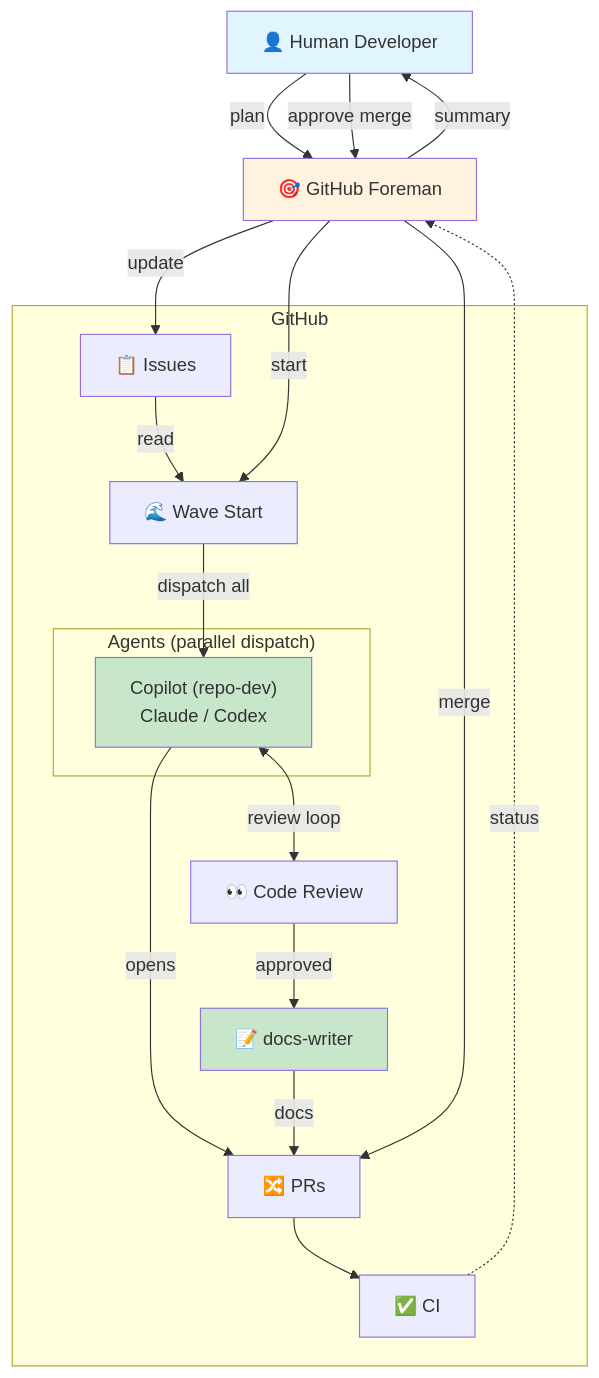
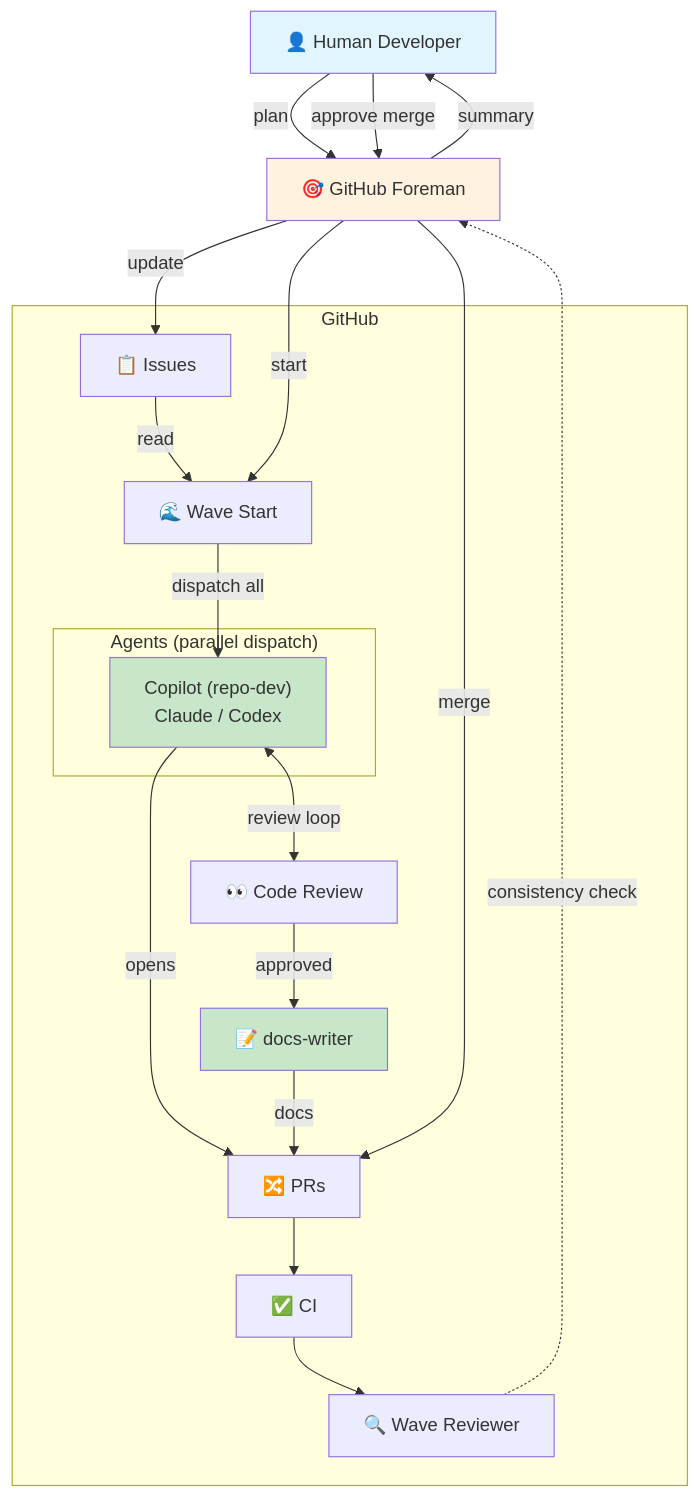
One commit to ewega/github-foreman changed the first of 2 diagrams in README.md. Above: the diagram before and after it, drawn with Mermaid.

Commit message:
Add Wave Reviewer to interaction model
- Wave Reviewer node added after CI checks
- Performs consistency check on the entire wave of PRs
- Reports back to Foreman with summary
- Fits between CI and human merge approval
- Completes the wave coordination loop

````diff
--- a/README.md
+++ b/README.md
@@ -70,42 +70,44 @@
 ```mermaid
 graph TB
     H["👤 Human Developer"]
     F["🎯 GitHub Foreman"]
     
     subgraph github["GitHub"]
         Issues["📋 Issues"]
         WaveStart["🌊 Wave Start"]
         
         subgraph agents["Agents (parallel dispatch)"]
             Working["Copilot (repo-dev)<br/>Claude / Codex"]
         end
         
         CodeReview["👀 Code Review"]
         DW["📝 docs-writer"]
         PRs["🔀 PRs"]
         CI["✅ CI"]
+        WaveReview["🔍 Wave Reviewer"]
     end
     
     H -->|"plan"| F
     F -->|"update"| Issues
     Issues -->|"read"| WaveStart
     F -->|"start"| WaveStart
     WaveStart -->|"dispatch all"| Working
     Working -->|"opens"| PRs
     
     Working <-->|"review loop"| CodeReview
     CodeReview -->|"approved"| DW
     
     DW -->|"docs"| PRs
     PRs --> CI
+    CI --> WaveReview
     
-    CI -.->|"status"| F
+    WaveReview -.->|"consistency check"| F
     F -->|"summary"| H
     H -->|"approve merge"| F
     F -->|"merge"| PRs
     
     style H fill:#e1f5ff
     style F fill:#fff3e0
     style Working fill:#c8e6c9
     style DW fill:#c8e6c9
 ```
````
